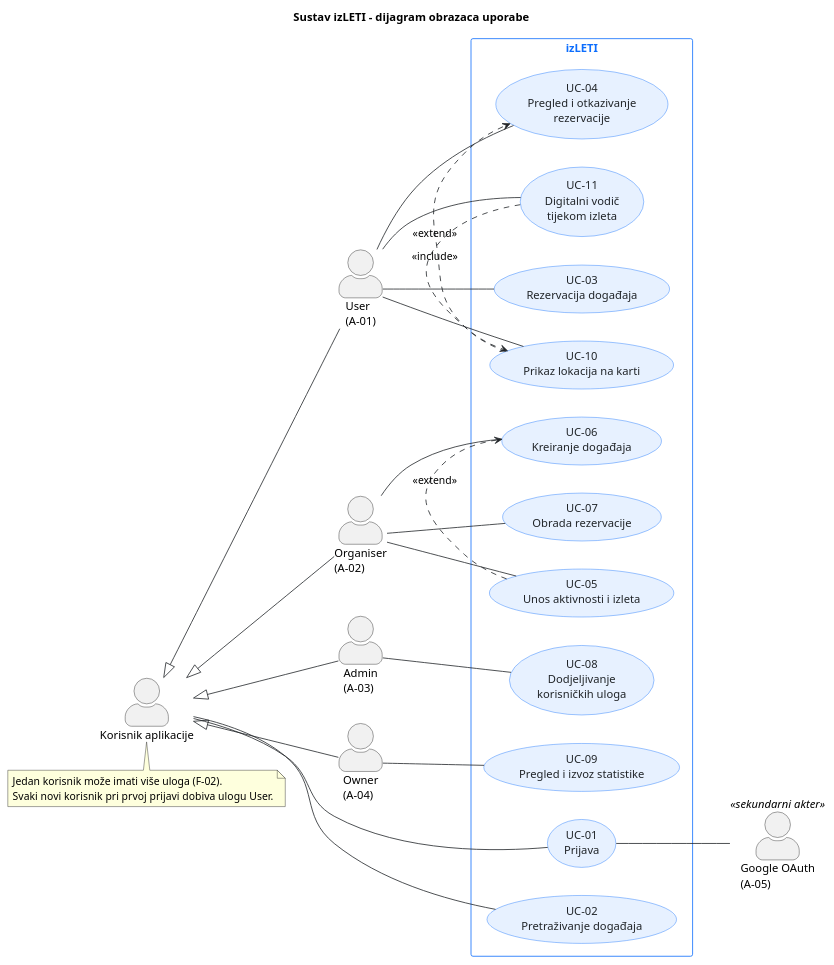
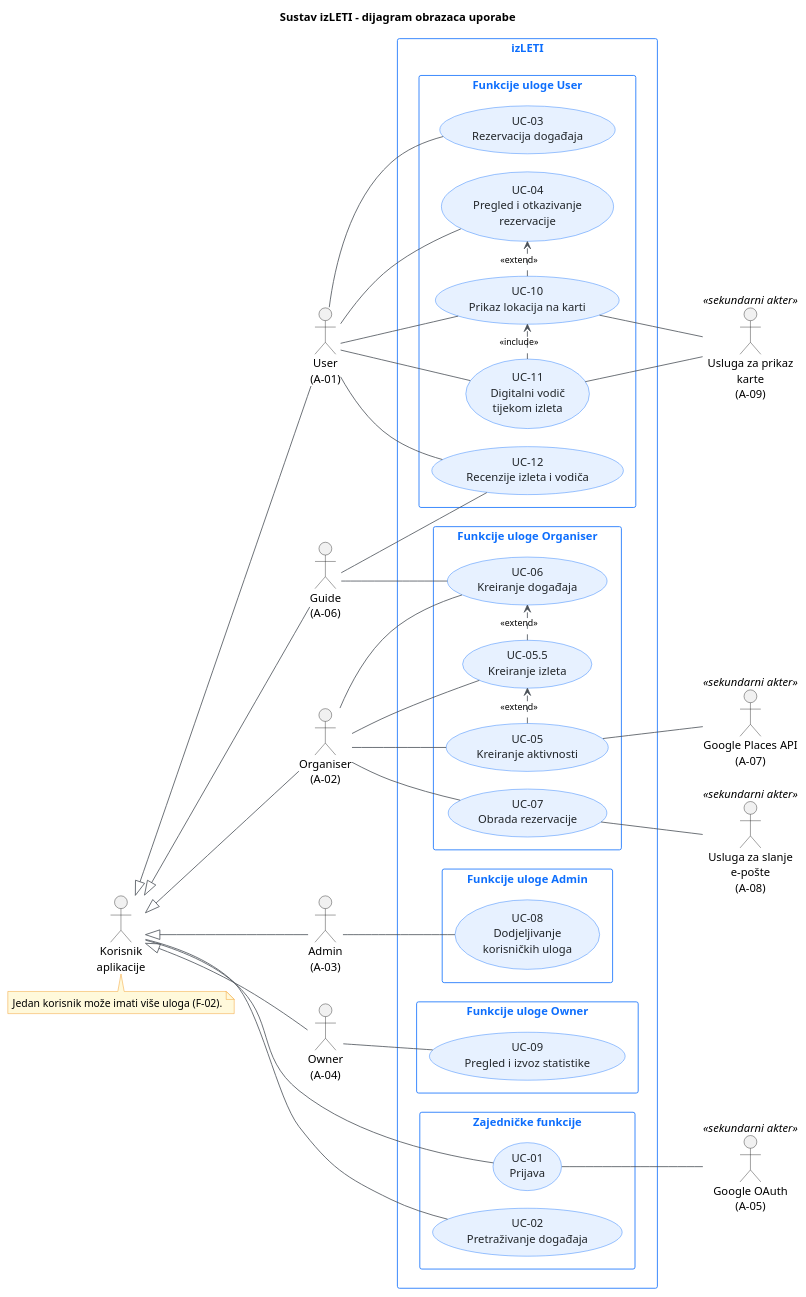
Before and after one commit to SuninDarknes/izLETI: the diagram in docs/puml/3-1-izleti-usecase-UC.puml, drawn with PlantUML. The commit also changed 3 other files, not shown here.

Commit message:
docs: male promjene na Home i Analiza zahtjeva. Updatean UML za obrasce upotrebe

```diff
--- a/docs/puml/3-1-izleti-usecase-UC.puml
+++ b/docs/puml/3-1-izleti-usecase-UC.puml
@@ -1,70 +1,117 @@
 @startuml
 title Sustav izLETI – dijagram obrazaca uporabe
 
+' ---------- Stil ----------
 skinparam shadowing false
 skinparam defaultFontName Arial
-skinparam ArrowColor #212529
-skinparam actorStyle awesome
+skinparam defaultTextAlignment center
+skinparam ArrowColor #495057
+skinparam ArrowFontSize 11
+skinparam nodesep 22
+skinparam ranksep 80
 skinparam usecase {
     BackgroundColor #E7F1FF
     BorderColor #0D6EFD
     FontColor #212529
 }
 skinparam rectangle {
     BorderColor #0D6EFD
     FontColor #0D6EFD
+    BackgroundColor #FFFFFF
+}
+skinparam note {
+    BackgroundColor #FFF9DB
+    BorderColor #F08C00
 }
 
 left to right direction
 
-actor "Korisnik aplikacije" as Korisnik
+' ---------- Primarni akteri (uloge) ----------
+actor "Korisnik\naplikacije" as Korisnik
 actor "User\n(A-01)" as User
+actor "Guide\n(A-06)" as Guide
 actor "Organiser\n(A-02)" as Organiser
 actor "Admin\n(A-03)" as Admin
 actor "Owner\n(A-04)" as Owner
+
+' ---------- Sekundarni akteri (vanjski sustavi) ----------
 actor "Google OAuth\n(A-05)" as Google <<sekundarni akter>>
+actor "Google Places API\n(A-07)" as Places <<sekundarni akter>>
+actor "Usluga za slanje\ne-pošte\n(A-08)" as Mail <<sekundarni akter>>
+actor "Usluga za prikaz\nkarte\n(A-09)" as Maps <<sekundarni akter>>
 
-User -up-|> Korisnik
-Organiser -up-|> Korisnik
-Admin -up-|> Korisnik
-Owner -up-|> Korisnik
-
+' ---------- Obrasci uporabe, grupirani po ulozi ----------
+' Redoslijed deklaracije utječe na poredak odozgo prema dolje; ako dodaješ obrasce,
+' provjeri render (npr. UC-07 je namjerno deklariran prije UC-05.5 i UC-05).
 rectangle "izLETI" {
-    usecase "UC-01\nPrijava" as UC01
-    usecase "UC-02\nPretraživanje događaja" as UC02
-    usecase "UC-03\nRezervacija događaja" as UC03
-    usecase "UC-04\nPregled i otkazivanje\nrezervacije" as UC04
-    usecase "UC-10\nPrikaz lokacija na karti" as UC10
-    usecase "UC-11\nDigitalni vodič\ntijekom izleta" as UC11
-    usecase "UC-05\nUnos aktivnosti i izleta" as UC05
-    usecase "UC-06\nKreiranje događaja" as UC06
-    usecase "UC-07\nObrada rezervacije" as UC07
-    usecase "UC-08\nDodjeljivanje\nkorisničkih uloga" as UC08
-    usecase "UC-09\nPregled i izvoz statistike" as UC09
+    rectangle "Zajedničke funkcije" as GZ {
+        usecase "UC-01\nPrijava" as UC01
+        usecase "UC-02\nPretraživanje događaja" as UC02
+    }
+    rectangle "Funkcije uloge User" as GU {
+        usecase "UC-03\nRezervacija događaja" as UC03
+        usecase "UC-04\nPregled i otkazivanje\nrezervacije" as UC04
+        usecase "UC-10\nPrikaz lokacija na karti" as UC10
+        usecase "UC-11\nDigitalni vodič\ntijekom izleta" as UC11
+        usecase "UC-12\nRecenzije izleta i vodiča" as UC12
+    }
+    rectangle "Funkcije uloge Organiser" as GO {
+        usecase "UC-06\nKreiranje događaja" as UC06
+        usecase "UC-07\nObrada rezervacije" as UC07
+        usecase "UC-05.5\nKreiranje izleta" as UC055
+        usecase "UC-05\nKreiranje aktivnosti" as UC05
+    }
+    rectangle "Funkcije uloge Admin" as GA {
+        usecase "UC-08\nDodjeljivanje\nkorisničkih uloga" as UC08
+    }
+    rectangle "Funkcije uloge Owner" as GW {
+        usecase "UC-09\nPregled i izvoz statistike" as UC09
+    }
 }
 
+' ---------- Generalizacija aktera ----------
+Korisnik <|-- User
+Korisnik <|-- Guide
+Korisnik <|-- Organiser
+Korisnik <|-- Admin
+Korisnik <|-- Owner
+
+' ---------- Asocijacije: primarni akteri ----------
 Korisnik -- UC01
 Korisnik -- UC02
-UC01 -- Google
 
 User -- UC03
 User -- UC04
 User -- UC10
 User -- UC11
+User -- UC12
 
-Organiser -- UC05
+Guide -- UC12
+Guide -- UC06
+
 Organiser -- UC06
 Organiser -- UC07
+Organiser -- UC055
+Organiser -- UC05
 
 Admin -- UC08
 Owner -- UC09
 
-UC10 .> UC04 : <<extend>>
-UC11 .> UC10 : <<include>>
-UC05 .> UC06 : <<extend>>
+' ---------- Asocijacije: sekundarni akteri ----------
+UC01 -- Google
+UC05 -- Places
+UC07 -- Mail
+UC10 -- Maps
+UC11 -- Maps
+
+' ---------- Odnosi između obrazaca uporabe ----------
+' [norank] sprječava da strelice poremete poredak, pa ostaju ravne i kratke.
+UC10 .[norank].> UC04 : <<extend>>
+UC11 .[norank].> UC10 : <<include>>
+UC055 .[norank].> UC06 : <<extend>>
+UC05 .[norank].> UC055 : <<extend>>
 
 note bottom of Korisnik
   Jedan korisnik može imati više uloga (F-02).
-  Svaki novi korisnik pri prvoj prijavi dobiva ulogu User.
 end note
 @enduml
```
